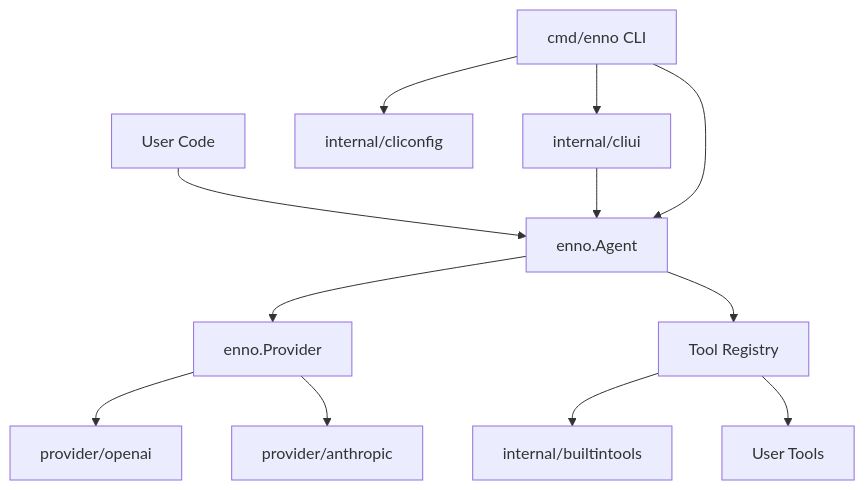
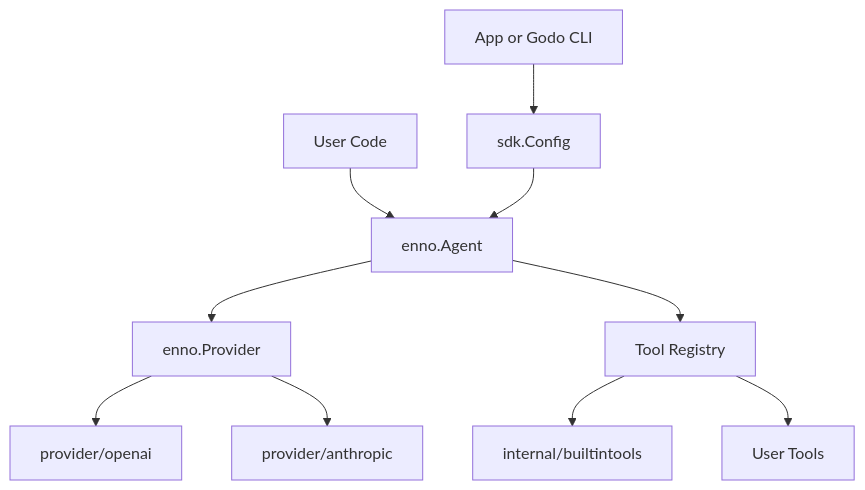
Before and after one commit to dean2021/enno: the diagram in docs/design.md, drawn with Mermaid. The commit also changed other lines of this file and 33 other files, not shown here.

Commit message:
feat!: move CLI to standalone Godo project

````diff
--- a/docs/design.md
+++ b/docs/design.md
@@ -197,14 +148,12 @@
 ```mermaid
 flowchart TD
     userCode[User Code] --> agent[enno.Agent]
-    cli[cmd/enno CLI] --> cliConfig[internal/cliconfig]
-    cli --> cliUI[internal/cliui]
-    cliUI --> agent
-    cli --> agent
+    app[App or Godo CLI] --> sdkPkg[sdk.Config]
+    sdkPkg --> agent
     agent --> providerIface[enno.Provider]
     providerIface --> openaiProvider[provider/openai]
     providerIface --> anthropicProvider[provider/anthropic]
     agent --> toolRegistry[Tool Registry]
     toolRegistry --> builtinTools[internal/builtintools]
     toolRegistry --> customTools[User Tools]
 ```
````
